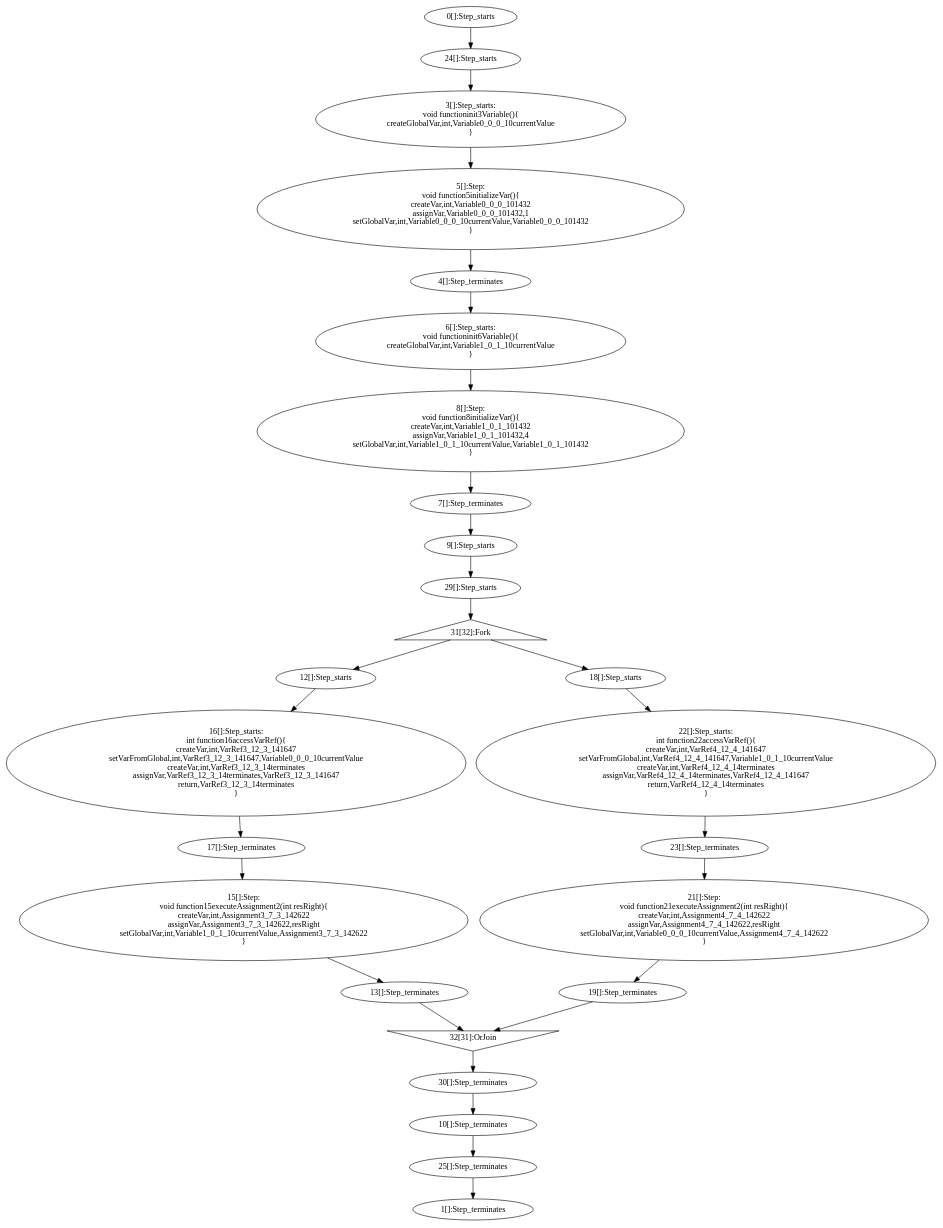
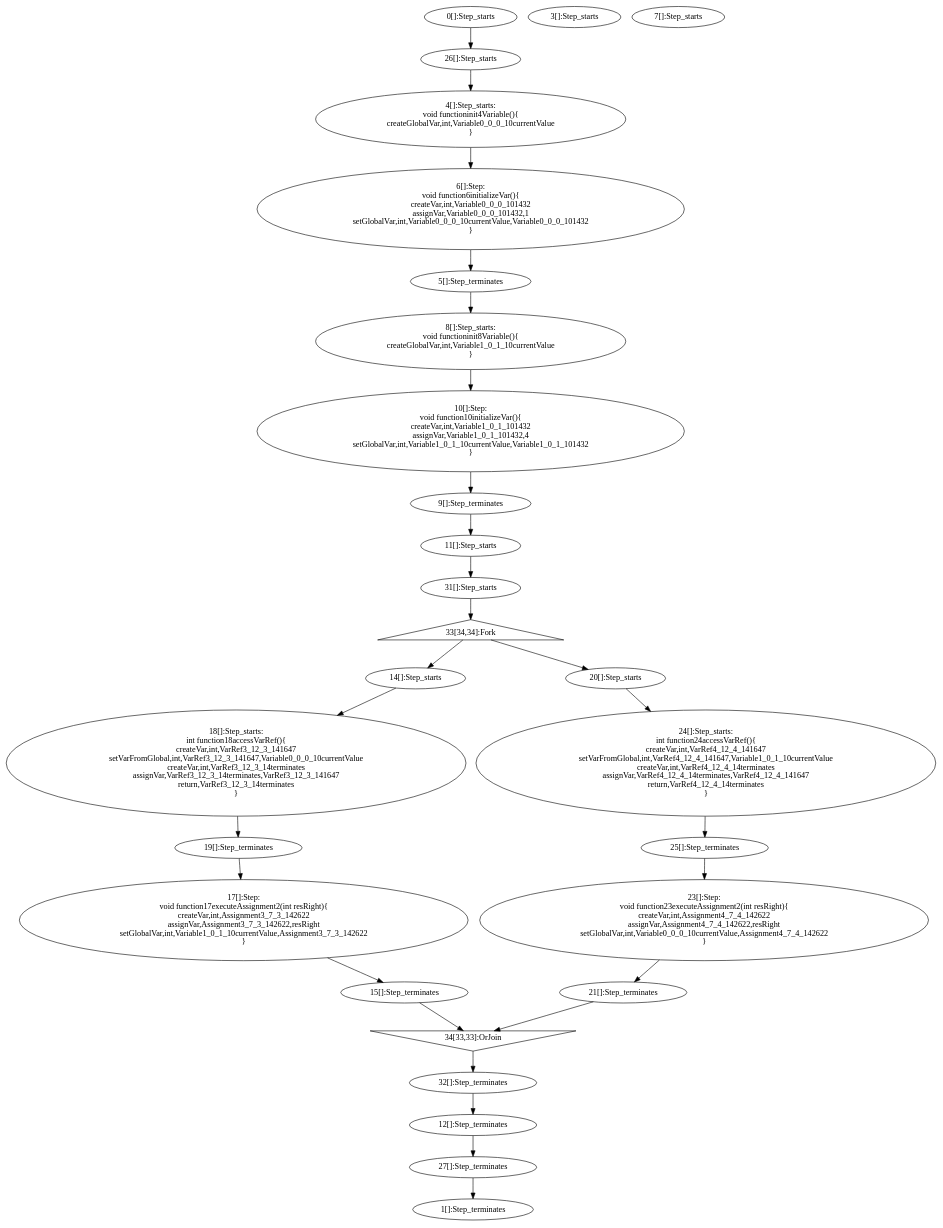
The diagram in examples/programs/generated/testSyncUID.dot (jdeantoni/TCOS.lang), drawn with Graphviz before and after one commit. The commit also changed 34 other files, not shown here.

```diff
--- a/examples/programs/generated/testSyncUID.dot
+++ b/examples/programs/generated/testSyncUID.dot
@@ -1,94 +1,96 @@
 digraph G {
   "0" [label="0[]:Step_starts" shape="ellipse" ];
   "1" [label="1[]:Step_terminates" shape="ellipse" ];
-  "24" [label="24[]:Step_starts" shape="ellipse" ];
-  "25" [label="25[]:Step_terminates" shape="ellipse" ];
-  "3" [label="3[]:Step_starts:
-void functioninit3Variable(){
+  "26" [label="26[]:Step_starts" shape="ellipse" ];
+  "27" [label="27[]:Step_terminates" shape="ellipse" ];
+  "3" [label="3[]:Step_starts" shape="ellipse" ];
+  "4" [label="4[]:Step_starts:
+void functioninit4Variable(){
 createGlobalVar,int,Variable0_0_0_10currentValue
 }" shape="ellipse" ];
-  "4" [label="4[]:Step_terminates" shape="ellipse" ];
-  "5" [label="5[]:Step:
-void function5initializeVar(){
+  "5" [label="5[]:Step_terminates" shape="ellipse" ];
+  "6" [label="6[]:Step:
+void function6initializeVar(){
 createVar,int,Variable0_0_0_101432
 assignVar,Variable0_0_0_101432,1
 setGlobalVar,int,Variable0_0_0_10currentValue,Variable0_0_0_101432
 }" shape="ellipse" ];
-  "6" [label="6[]:Step_starts:
-void functioninit6Variable(){
+  "7" [label="7[]:Step_starts" shape="ellipse" ];
+  "8" [label="8[]:Step_starts:
+void functioninit8Variable(){
 createGlobalVar,int,Variable1_0_1_10currentValue
 }" shape="ellipse" ];
-  "7" [label="7[]:Step_terminates" shape="ellipse" ];
-  "8" [label="8[]:Step:
-void function8initializeVar(){
+  "9" [label="9[]:Step_terminates" shape="ellipse" ];
+  "10" [label="10[]:Step:
+void function10initializeVar(){
 createVar,int,Variable1_0_1_101432
 assignVar,Variable1_0_1_101432,4
 setGlobalVar,int,Variable1_0_1_10currentValue,Variable1_0_1_101432
 }" shape="ellipse" ];
-  "9" [label="9[]:Step_starts" shape="ellipse" ];
-  "10" [label="10[]:Step_terminates" shape="ellipse" ];
-  "29" [label="29[]:Step_starts" shape="ellipse" ];
-  "30" [label="30[]:Step_terminates" shape="ellipse" ];
-  "31" [label="31[32]:Fork" shape="triangle" ];
-  "32" [label="32[31]:OrJoin" shape="invtriangle" ];
-  "12" [label="12[]:Step_starts" shape="ellipse" ];
-  "13" [label="13[]:Step_terminates" shape="ellipse" ];
-  "15" [label="15[]:Step:
-void function15executeAssignment2(int resRight){
+  "11" [label="11[]:Step_starts" shape="ellipse" ];
+  "12" [label="12[]:Step_terminates" shape="ellipse" ];
+  "31" [label="31[]:Step_starts" shape="ellipse" ];
+  "32" [label="32[]:Step_terminates" shape="ellipse" ];
+  "33" [label="33[34,34]:Fork" shape="triangle" ];
+  "34" [label="34[33,33]:OrJoin" shape="invtriangle" ];
+  "14" [label="14[]:Step_starts" shape="ellipse" ];
+  "15" [label="15[]:Step_terminates" shape="ellipse" ];
+  "17" [label="17[]:Step:
+void function17executeAssignment2(int resRight){
 createVar,int,Assignment3_7_3_142622
 assignVar,Assignment3_7_3_142622,resRight
 setGlobalVar,int,Variable1_0_1_10currentValue,Assignment3_7_3_142622
 }" shape="ellipse" ];
-  "18" [label="18[]:Step_starts" shape="ellipse" ];
-  "19" [label="19[]:Step_terminates" shape="ellipse" ];
-  "21" [label="21[]:Step:
-void function21executeAssignment2(int resRight){
+  "20" [label="20[]:Step_starts" shape="ellipse" ];
+  "21" [label="21[]:Step_terminates" shape="ellipse" ];
+  "23" [label="23[]:Step:
+void function23executeAssignment2(int resRight){
 createVar,int,Assignment4_7_4_142622
 assignVar,Assignment4_7_4_142622,resRight
 setGlobalVar,int,Variable0_0_0_10currentValue,Assignment4_7_4_142622
 }" shape="ellipse" ];
-  "16" [label="16[]:Step_starts:
-int function16accessVarRef(){
+  "18" [label="18[]:Step_starts:
+int function18accessVarRef(){
 createVar,int,VarRef3_12_3_141647
 setVarFromGlobal,int,VarRef3_12_3_141647,Variable0_0_0_10currentValue
 createVar,int,VarRef3_12_3_14terminates
 assignVar,VarRef3_12_3_14terminates,VarRef3_12_3_141647
 return,VarRef3_12_3_14terminates
 }" shape="ellipse" ];
-  "17" [label="17[]:Step_terminates" shape="ellipse" ];
-  "22" [label="22[]:Step_starts:
-int function22accessVarRef(){
+  "19" [label="19[]:Step_terminates" shape="ellipse" ];
+  "24" [label="24[]:Step_starts:
+int function24accessVarRef(){
 createVar,int,VarRef4_12_4_141647
 setVarFromGlobal,int,VarRef4_12_4_141647,Variable1_0_1_10currentValue
 createVar,int,VarRef4_12_4_14terminates
 assignVar,VarRef4_12_4_14terminates,VarRef4_12_4_141647
 return,VarRef4_12_4_14terminates
 }" shape="ellipse" ];
-  "23" [label="23[]:Step_terminates" shape="ellipse" ];
-  "0" -> "24" [label=""];
-  "25" -> "1" [label=""];
-  "24" -> "3" [label=""];
+  "25" [label="25[]:Step_terminates" shape="ellipse" ];
+  "0" -> "26" [label=""];
+  "27" -> "1" [label=""];
+  "26" -> "4" [label=""];
+  "5" -> "8" [label=""];
+  "9" -> "11" [label=""];
+  "12" -> "27" [label=""];
   "4" -> "6" [label=""];
-  "7" -> "9" [label=""];
-  "10" -> "25" [label=""];
-  "3" -> "5" [label=""];
-  "5" -> "4" [label=""];
-  "6" -> "8" [label=""];
-  "8" -> "7" [label=""];
-  "9" -> "29" [label=""];
-  "30" -> "10" [label=""];
-  "29" -> "31" [label=""];
-  "32" -> "30" [label=""];
-  "31" -> "12" [label=""];
-  "13" -> "32" [label=""];
-  "31" -> "18" [label=""];
-  "19" -> "32" [label=""];
-  "12" -> "16" [label=""];
+  "6" -> "5" [label=""];
+  "8" -> "10" [label=""];
+  "10" -> "9" [label=""];
+  "11" -> "31" [label=""];
+  "32" -> "12" [label=""];
+  "31" -> "33" [label=""];
+  "34" -> "32" [label=""];
+  "33" -> "14" [label=""];
+  "15" -> "34" [label=""];
+  "33" -> "20" [label=""];
+  "21" -> "34" [label=""];
+  "14" -> "18" [label=""];
+  "19" -> "17" [label=""];
   "17" -> "15" [label=""];
-  "15" -> "13" [label=""];
-  "18" -> "22" [label=""];
+  "20" -> "24" [label=""];
+  "25" -> "23" [label=""];
   "23" -> "21" [label=""];
-  "21" -> "19" [label=""];
-  "16" -> "17" [label=""];
-  "22" -> "23" [label=""];
+  "18" -> "19" [label=""];
+  "24" -> "25" [label=""];
 }
```
